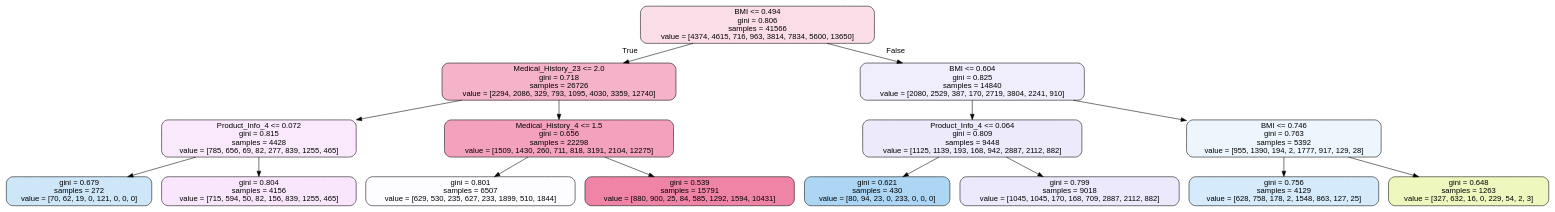
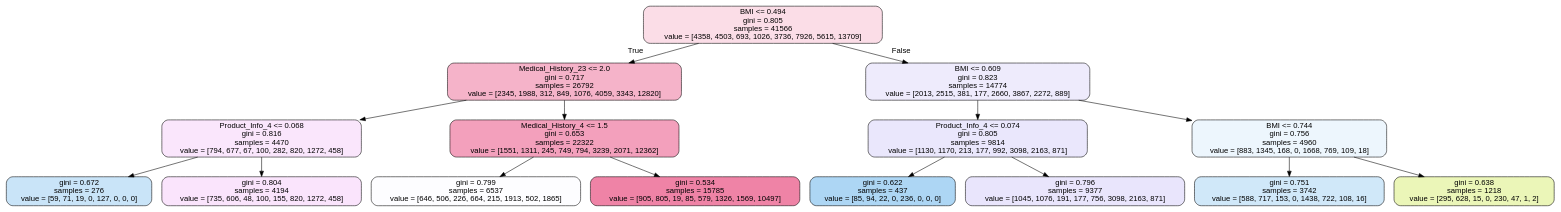
The diagram in DS_intro/4. SVM _ עצי החלטה/תרגיל - (התרגיל של טכנוצ)/tree.dot (haroldbola/Course_Maphat), drawn with Graphviz before and after one commit. The commit also changed 27 other files, not shown here.

```diff
--- a/DS_intro/4. SVM _ עצי החלטה/תרגיל - (התרגיל של טכנוצ)/tree.dot
+++ b/DS_intro/4. SVM _ עצי החלטה/תרגיל - (התרגיל של טכנוצ)/tree.dot
@@ -1,33 +1,33 @@
 digraph Tree {
 node [shape=box, style="filled, rounded", color="black", fontname=helvetica] ;
 edge [fontname=helvetica] ;
-0 [label="BMI <= 0.494\ngini = 0.806\nsamples = 41566\nvalue = [4374, 4615, 716, 963, 3814, 7834, 5600, 13650]", fillcolor="#fbdde7"] ;
-1 [label="Medical_History_23 <= 2.0\ngini = 0.718\nsamples = 26726\nvalue = [2294, 2086, 329, 793, 1095, 4030, 3359, 12740]", fillcolor="#f5b3c9"] ;
+0 [label="BMI <= 0.494\ngini = 0.805\nsamples = 41566\nvalue = [4358, 4503, 693, 1026, 3736, 7926, 5615, 13709]", fillcolor="#fbdde7"] ;
+1 [label="Medical_History_23 <= 2.0\ngini = 0.717\nsamples = 26792\nvalue = [2345, 1988, 312, 849, 1076, 4059, 3343, 12820]", fillcolor="#f5b3c9"] ;
 0 -> 1 [labeldistance=2.5, labelangle=45, headlabel="True"] ;
-2 [label="Product_Info_4 <= 0.072\ngini = 0.815\nsamples = 4428\nvalue = [785, 656, 69, 82, 277, 839, 1255, 465]", fillcolor="#fae8fc"] ;
+2 [label="Product_Info_4 <= 0.068\ngini = 0.816\nsamples = 4470\nvalue = [794, 677, 67, 100, 282, 820, 1272, 458]", fillcolor="#fae6fc"] ;
 1 -> 2 ;
-3 [label="gini = 0.679\nsamples = 272\nvalue = [70, 62, 19, 0, 121, 0, 0, 0]", fillcolor="#cde6f8"] ;
+3 [label="gini = 0.672\nsamples = 276\nvalue = [59, 71, 19, 0, 127, 0, 0, 0]", fillcolor="#c9e4f8"] ;
 2 -> 3 ;
-4 [label="gini = 0.804\nsamples = 4156\nvalue = [715, 594, 50, 82, 156, 839, 1255, 465]", fillcolor="#fae6fc"] ;
+4 [label="gini = 0.804\nsamples = 4194\nvalue = [735, 606, 48, 100, 155, 820, 1272, 458]", fillcolor="#fae4fc"] ;
 2 -> 4 ;
-5 [label="Medical_History_4 <= 1.5\ngini = 0.656\nsamples = 22298\nvalue = [1509, 1430, 260, 711, 818, 3191, 2104, 12275]", fillcolor="#f3a1bc"] ;
+5 [label="Medical_History_4 <= 1.5\ngini = 0.653\nsamples = 22322\nvalue = [1551, 1311, 245, 749, 794, 3239, 2071, 12362]", fillcolor="#f3a0bc"] ;
 1 -> 5 ;
-6 [label="gini = 0.801\nsamples = 6507\nvalue = [629, 530, 235, 627, 233, 1899, 510, 1844]", fillcolor="#fdfdff"] ;
+6 [label="gini = 0.799\nsamples = 6537\nvalue = [646, 506, 226, 664, 215, 1913, 502, 1865]", fillcolor="#fdfdff"] ;
 5 -> 6 ;
-7 [label="gini = 0.539\nsamples = 15791\nvalue = [880, 900, 25, 84, 585, 1292, 1594, 10431]", fillcolor="#ef84a7"] ;
+7 [label="gini = 0.534\nsamples = 15785\nvalue = [905, 805, 19, 85, 579, 1326, 1569, 10497]", fillcolor="#ef83a6"] ;
 5 -> 7 ;
-8 [label="BMI <= 0.604\ngini = 0.825\nsamples = 14840\nvalue = [2080, 2529, 387, 170, 2719, 3804, 2241, 910]", fillcolor="#f0edfd"] ;
+8 [label="BMI <= 0.609\ngini = 0.823\nsamples = 14774\nvalue = [2013, 2515, 381, 177, 2660, 3867, 2272, 889]", fillcolor="#eeebfc"] ;
 0 -> 8 [labeldistance=2.5, labelangle=-45, headlabel="False"] ;
-9 [label="Product_Info_4 <= 0.064\ngini = 0.809\nsamples = 9448\nvalue = [1125, 1139, 193, 168, 942, 2887, 2112, 882]", fillcolor="#edeafc"] ;
+9 [label="Product_Info_4 <= 0.074\ngini = 0.805\nsamples = 9814\nvalue = [1130, 1170, 213, 177, 992, 3098, 2163, 871]", fillcolor="#eae7fc"] ;
 8 -> 9 ;
-10 [label="gini = 0.621\nsamples = 430\nvalue = [80, 94, 23, 0, 233, 0, 0, 0]", fillcolor="#add6f4"] ;
+10 [label="gini = 0.622\nsamples = 437\nvalue = [85, 94, 22, 0, 236, 0, 0, 0]", fillcolor="#add6f4"] ;
 9 -> 10 ;
-11 [label="gini = 0.799\nsamples = 9018\nvalue = [1045, 1045, 170, 168, 709, 2887, 2112, 882]", fillcolor="#ece9fc"] ;
+11 [label="gini = 0.796\nsamples = 9377\nvalue = [1045, 1076, 191, 177, 756, 3098, 2163, 871]", fillcolor="#e9e5fc"] ;
 9 -> 11 ;
-12 [label="BMI <= 0.746\ngini = 0.763\nsamples = 5392\nvalue = [955, 1390, 194, 2, 1777, 917, 129, 28]", fillcolor="#ecf6fc"] ;
+12 [label="BMI <= 0.744\ngini = 0.756\nsamples = 4960\nvalue = [883, 1345, 168, 0, 1668, 769, 109, 18]", fillcolor="#edf6fd"] ;
 8 -> 12 ;
-13 [label="gini = 0.756\nsamples = 4129\nvalue = [628, 758, 178, 2, 1548, 863, 127, 25]", fillcolor="#d5eafa"] ;
+13 [label="gini = 0.751\nsamples = 3742\nvalue = [588, 717, 153, 0, 1438, 722, 108, 16]", fillcolor="#d0e8f9"] ;
 12 -> 13 ;
-14 [label="gini = 0.648\nsamples = 1263\nvalue = [327, 632, 16, 0, 229, 54, 2, 3]", fillcolor="#edf7be"] ;
+14 [label="gini = 0.638\nsamples = 1218\nvalue = [295, 628, 15, 0, 230, 47, 1, 2]", fillcolor="#ebf6b8"] ;
 12 -> 14 ;
 }
```
